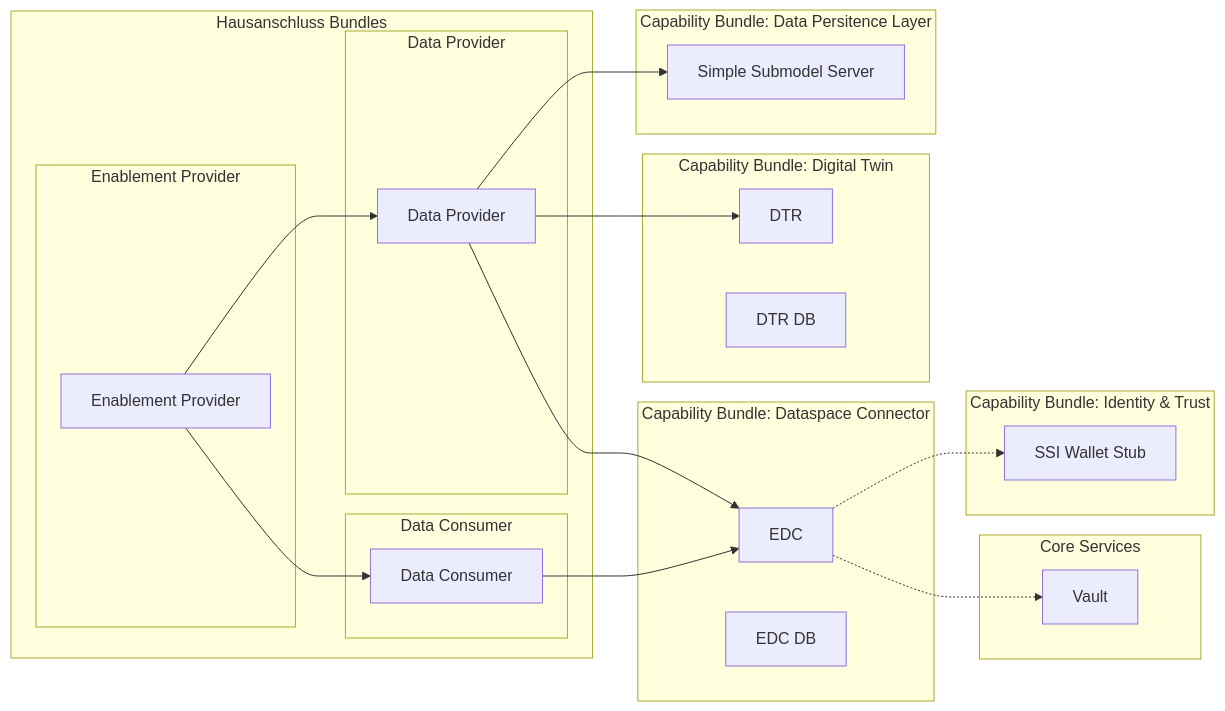
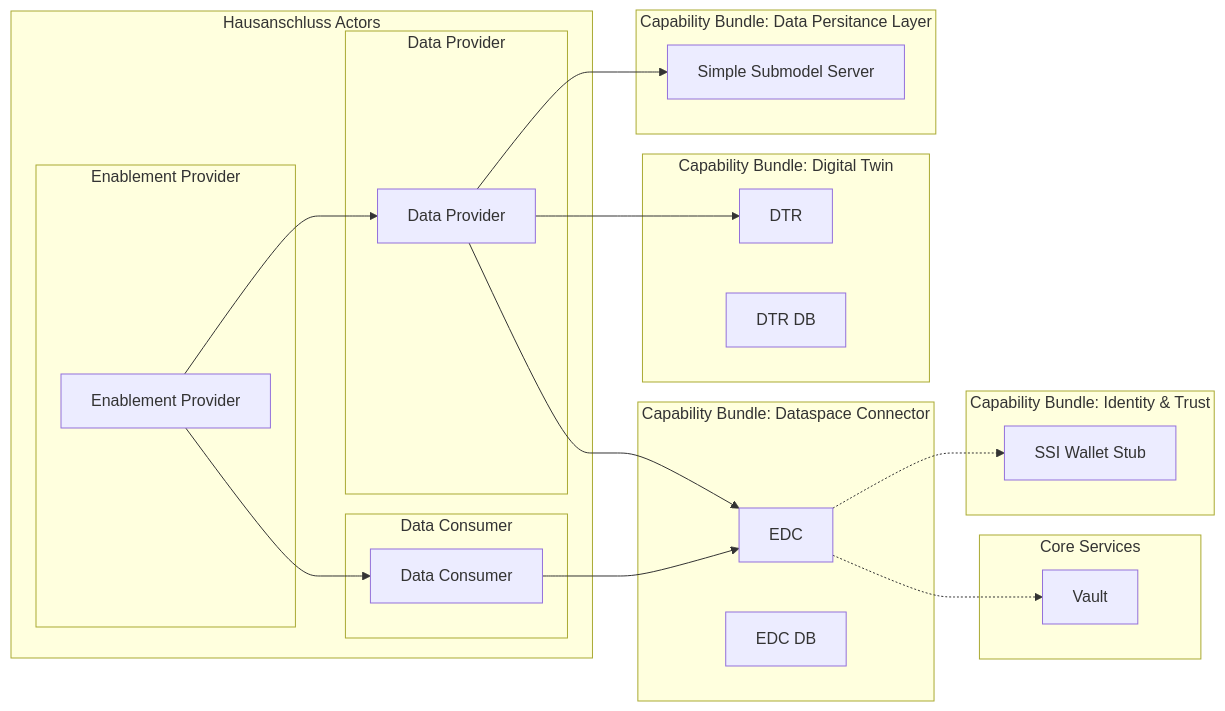
One commit to eclipse-tractusx/tractus-x-umbrella changed the third of 8 diagrams in docs/concept/TAP7.1-solution-design.md. Above: the diagram before and after it, drawn with Mermaid. The commit also changed other lines of this file, not shown here.

`````diff
--- a/docs/concept/TAP7.1-solution-design.md
+++ b/docs/concept/TAP7.1-solution-design.md
@@ -264,46 +304,45 @@
 ````mermaid
 flowchart LR
     subgraph "Core Services"
         Vault["Vault"]
     end
 
     subgraph "Capability Bundle: Identity & Trust"
         SSIWalletStub["SSI Wallet Stub"]
     end
 
     subgraph "Capability Bundle: Dataspace Connector"
         EDC["EDC"]
         EDCDB["EDC DB"]
     end
 
     subgraph "Capability Bundle: Digital Twin"
         DTR["DTR"]
         DTRDB["DTR DB"]
     end
 
-    subgraph "Capability Bundle: Data Persitence Layer"
+    subgraph "Capability Bundle: Data Persitance Layer"
         SimpleSubmodelServer["Simple Submodel Server"]
     end
 
-    subgraph "Hausanschluss Bundles"
+    subgraph "Hausanschluss Actors"
         subgraph "Data Provider"
             DataProvider["Data Provider"]
         end
         subgraph "Data Consumer"
             DataConsumer["Data Consumer"]
         end
         subgraph "Enablement Provider"
             EnablementProvider["Enablement Provider"]
         end
     end
 
     EDC -.-> SSIWalletStub
     EDC -.-> Vault
     DataProvider --> EDC
     DataProvider --> DTR
     DataProvider --> SimpleSubmodelServer
     DataConsumer --> EDC
     EnablementProvider --> DataConsumer
     EnablementProvider --> DataProvider
-
 ````
`````
